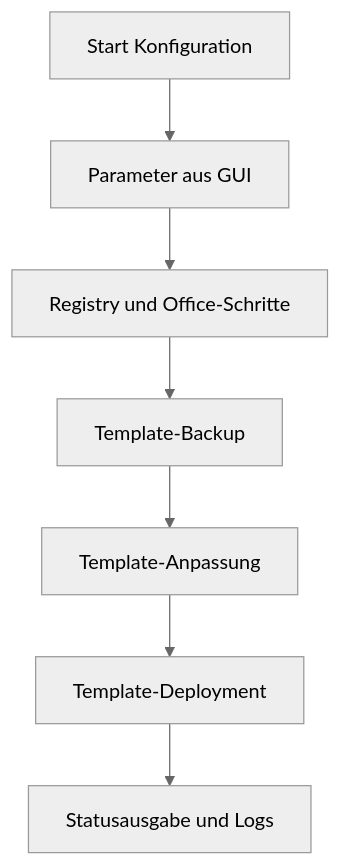
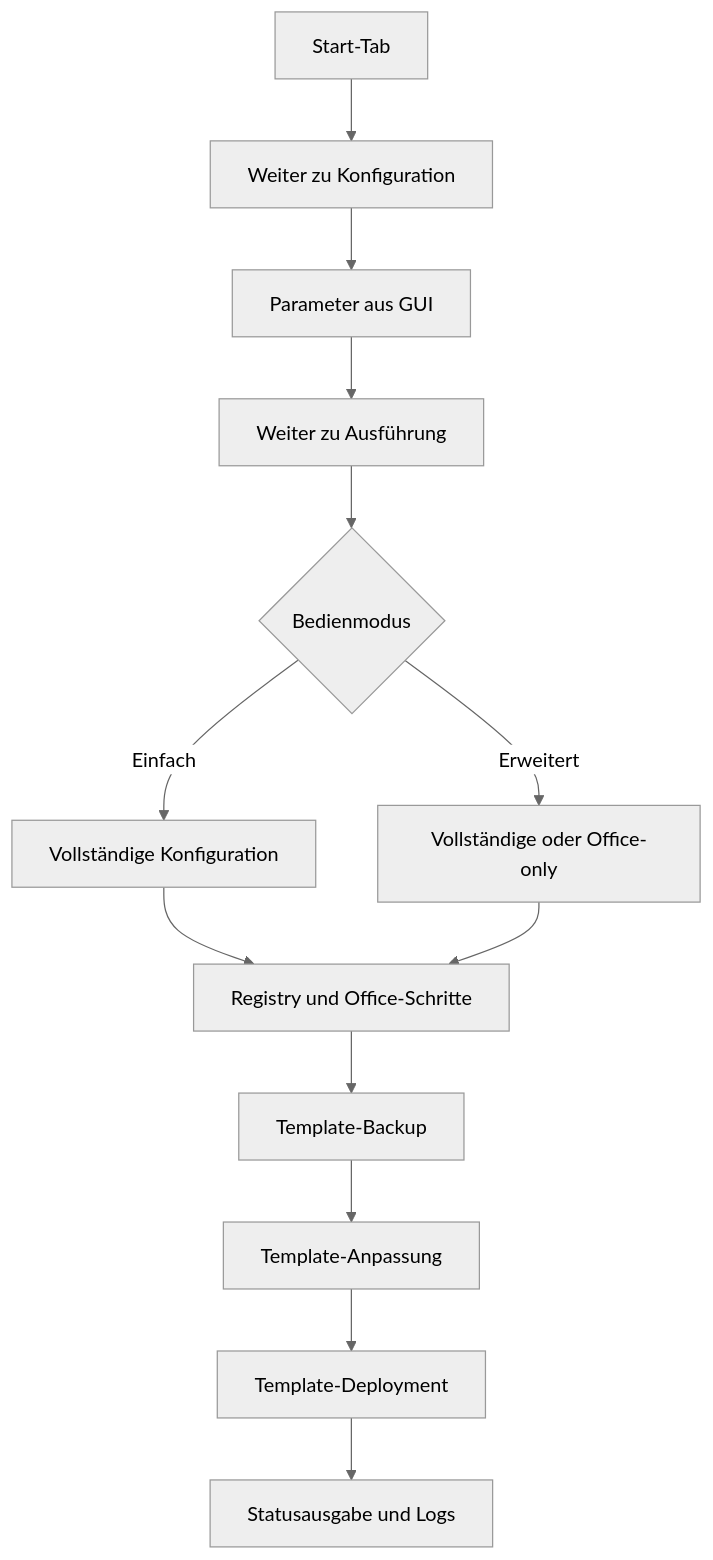
Before and after one commit to GoroTech-Tools/PC-Konfigurator: the second of 3 diagrams in docs/DOKUMENTATION_TECHNIK.md, drawn with Mermaid (neutral theme). The commit also changed other lines of this file and 28 other files, not shown here.

Commit message:
Release v3.3.25: GUI-Workflow, Mermaids und Doku aktualisiert

````diff
--- a/docs/DOKUMENTATION_TECHNIK.md
+++ b/docs/DOKUMENTATION_TECHNIK.md
@@ -73,9 +77,15 @@
 ```mermaid
 flowchart TD
-   A[Start Konfiguration] --> B[Parameter aus GUI]
-   B --> C[Registry und Office-Schritte]
-   C --> D[Template-Backup]
-   D --> E[Template-Anpassung]
-   E --> F[Template-Deployment]
-   F --> G[Statusausgabe und Logs]
+   A[Start-Tab] --> B[Weiter zu Konfiguration]
+   B --> C[Parameter aus GUI]
+   C --> D[Weiter zu Ausführung]
+   D --> E{Bedienmodus}
+   E -->|Einfach| F[Vollständige Konfiguration]
+   E -->|Erweitert| G[Vollständige oder Office-only]
+   F --> H[Registry und Office-Schritte]
+   G --> H
+   H --> I[Template-Backup]
+   I --> J[Template-Anpassung]
+   J --> K[Template-Deployment]
+   K --> L[Statusausgabe und Logs]
 ```
````
